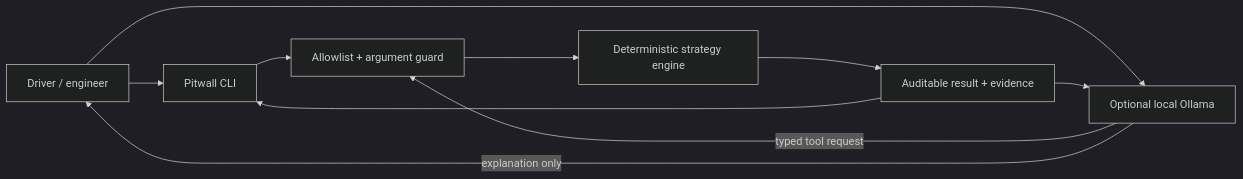
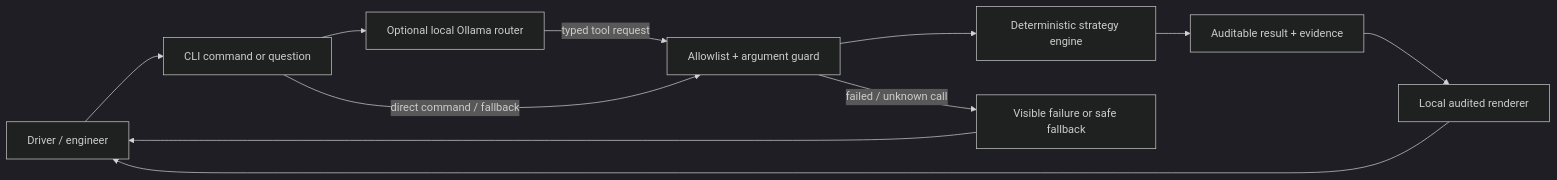
One commit to Dabi-init/endurance-stint-planner changed the diagram in README.md. Above: the diagram before and after it, drawn with Mermaid (dark theme). The commit also changed other lines of this file and 41 other files, not shown here.

````diff
--- a/README.md
+++ b/README.md
@@ -219,12 +310,13 @@
 ```mermaid
 flowchart LR
-    U["Driver / engineer"] --> CLI["Pitwall CLI"]
-    U --> LLM["Optional local Ollama"]
+    U["Driver / engineer"] --> CLI["CLI command or question"]
+    CLI --> LLM["Optional local Ollama router"]
     LLM -->|"typed tool request"| G["Allowlist + argument guard"]
-    CLI --> G
+    CLI -->|"direct command / fallback"| G
     G --> E["Deterministic strategy engine"]
     E --> R["Auditable result + evidence"]
-    R --> CLI
-    R --> LLM
-    LLM -->|"explanation only"| U
+    R --> V["Local audited renderer"]
+    V --> U
+    G -->|"failed / unknown call"| F["Visible failure or safe fallback"]
+    F --> U
 ```
````
